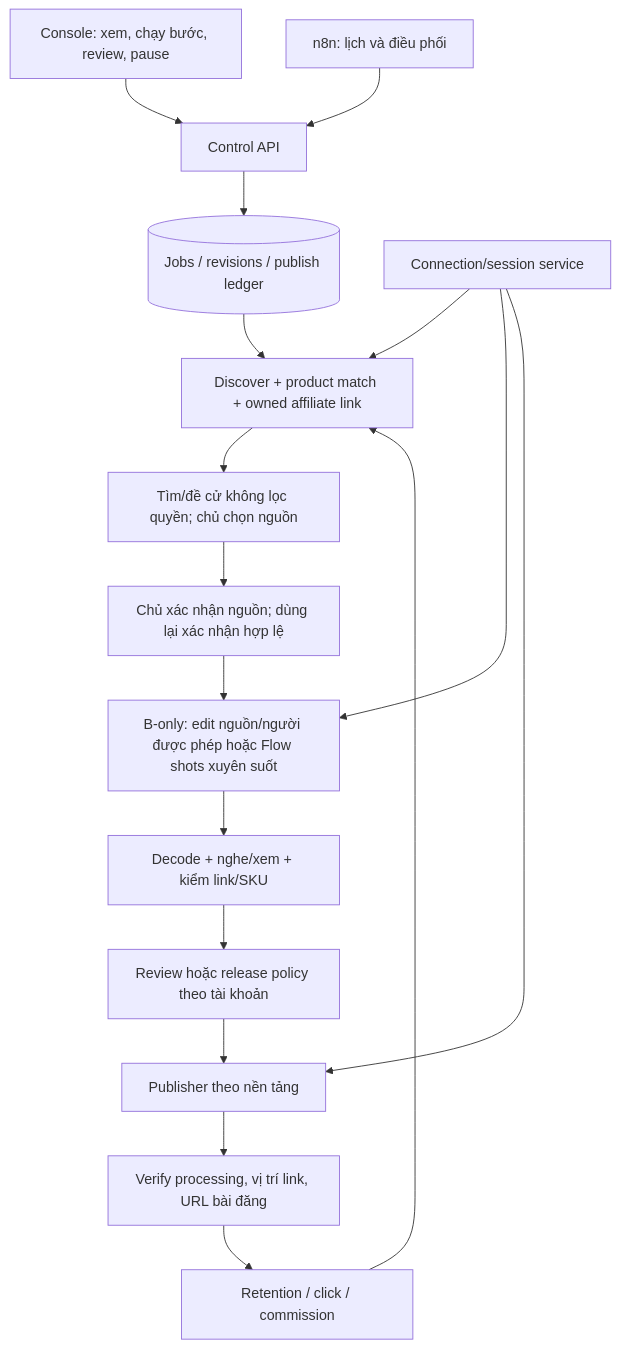
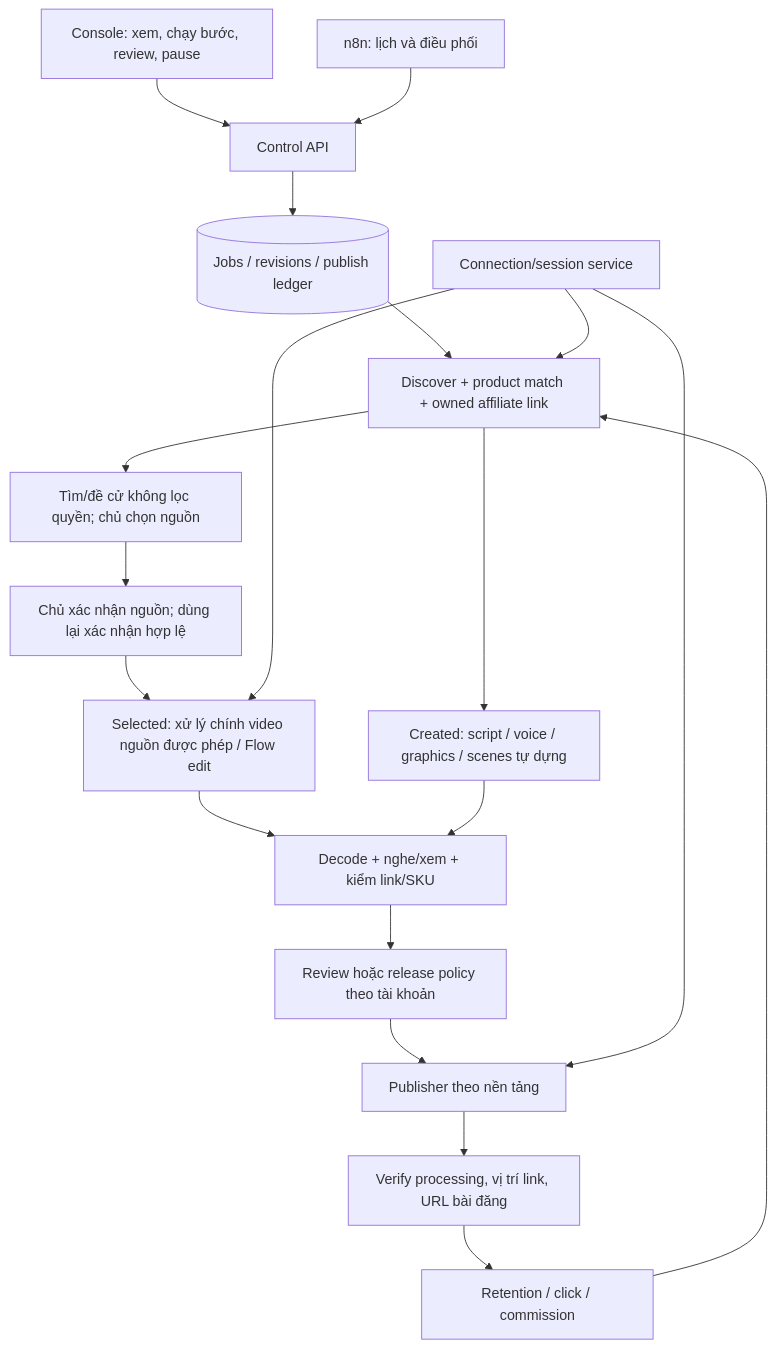
Before and after one commit to Thuy200226/affiliate: the diagram in docs/architecture.md, drawn with Mermaid. The commit also changed other lines of this file and 46 other files, not shown here.

````diff
--- a/docs/architecture.md
+++ b/docs/architecture.md
@@ -12,19 +13,21 @@
 ```mermaid
 flowchart TD
   UI[Console: xem, chạy bước, review, pause] --> C[Control API]
   N[n8n: lịch và điều phối] --> C
   C --> Q[(Jobs / revisions / publish ledger)]
   Q --> D[Discover + product match + owned affiliate link]
   D --> SEL[Tìm/đề cử không lọc quyền; chủ chọn nguồn]
   SEL --> E[Chủ xác nhận nguồn; dùng lại xác nhận hợp lệ]
-  E --> B[B-only: edit nguồn/người được phép hoặc Flow shots xuyên suốt]
+  E --> B[Selected: xử lý chính video nguồn được phép / Flow edit]
+  D --> A[Created: script / voice / graphics / scenes tự dựng]
   B --> QC[Decode + nghe/xem + kiểm link/SKU]
+  A --> QC
   QC --> R[Review hoặc release policy theo tài khoản]
   R --> P[Publisher theo nền tảng]
   P --> V[Verify processing, vị trí link, URL bài đăng]
   V --> M[Retention / click / commission]
   M --> D
   S[Connection/session service] --> D
   S --> B
   S --> P
 ```
````
